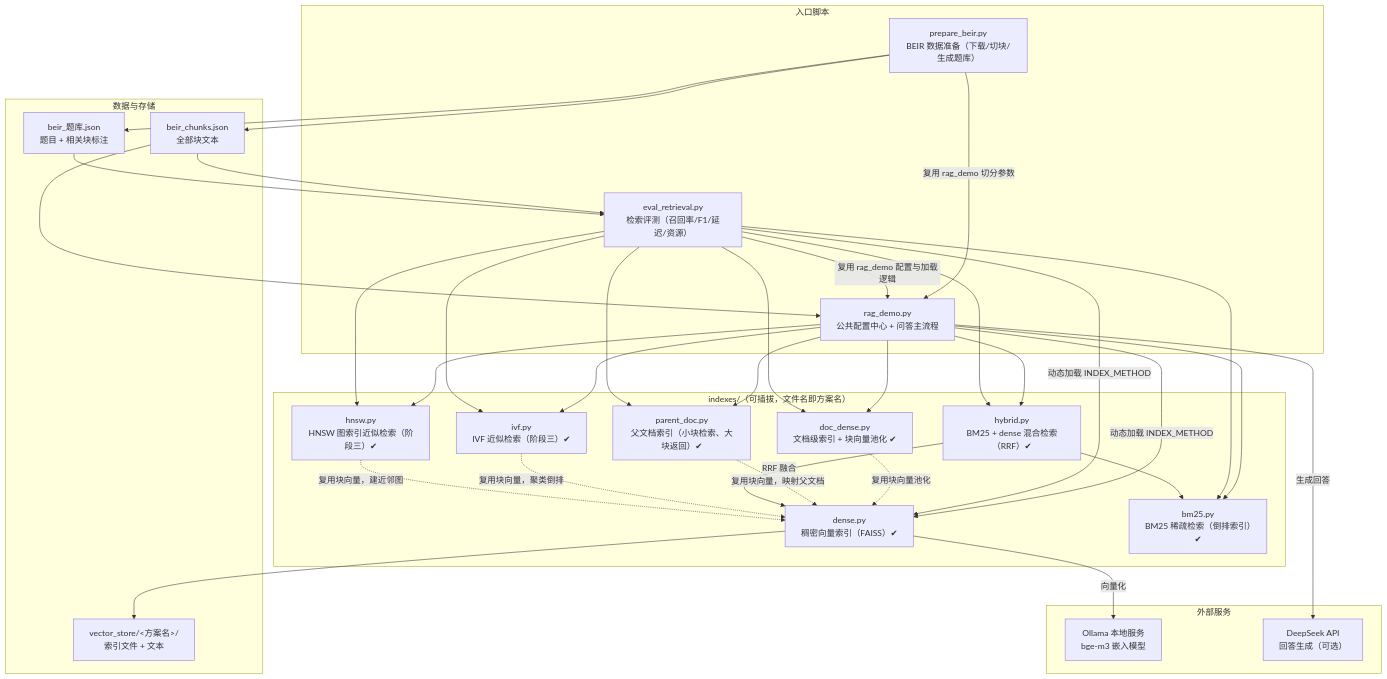
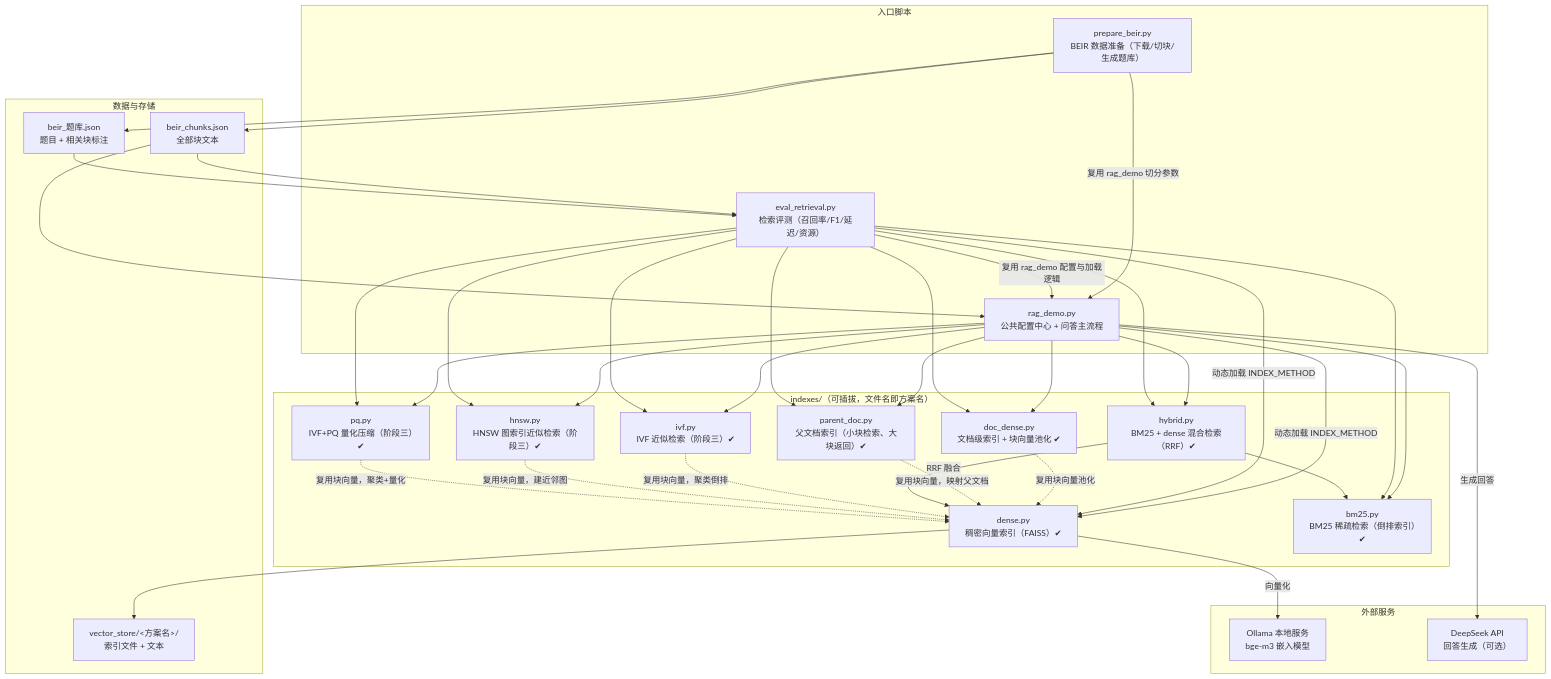
One commit to energetictom4-sudo/rag-index-bench changed the first of 2 diagrams in README.md. Above: the diagram before and after it, drawn with Mermaid. The commit also changed other lines of this file and 1 other file, not shown here.

Commit message:
docs: PQ 评测结果入 README 对比表与阶段三压缩小节，Roadmap 勾选

````diff
--- a/README.md
+++ b/README.md
@@ -19,60 +19,64 @@
 ```mermaid
 graph TB
     subgraph 入口脚本
         RAG["rag_demo.py<br/>公共配置中心 + 问答主流程"]
         PREP["prepare_beir.py<br/>BEIR 数据准备（下载/切块/生成题库）"]
         EVAL["eval_retrieval.py<br/>检索评测（召回率/F1/延迟/资源）"]
     end
 
     subgraph 索引方案插件["indexes/（可插拔，文件名即方案名）"]
         IDX["dense.py<br/>稠密向量索引（FAISS）✔"]
         DOC["doc_dense.py<br/>文档级索引 + 块向量池化 ✔"]
         BM25["bm25.py<br/>BM25 稀疏检索（倒排索引）✔"]
         HYB["hybrid.py<br/>BM25 + dense 混合检索（RRF）✔"]
         PAR["parent_doc.py<br/>父文档索引（小块检索、大块返回）✔"]
         IVF["ivf.py<br/>IVF 近似检索（阶段三）✔"]
         HNSW["hnsw.py<br/>HNSW 图索引近似检索（阶段三）✔"]
+        PQ["pq.py<br/>IVF+PQ 量化压缩（阶段三）✔"]
     end
 
     subgraph 外部服务
         OLLAMA["Ollama 本地服务<br/>bge-m3 嵌入模型"]
         DS["DeepSeek API<br/>回答生成（可选）"]
     end
 
     subgraph 数据与存储
         CHUNKS["beir_chunks.json<br/>全部块文本"]
         BANK["beir_题库.json<br/>题目 + 相关块标注"]
         STORE["vector_store/&lt;方案名&gt;/<br/>索引文件 + 文本"]
     end
 
     PREP -->|"复用 rag_demo 切分参数"| RAG
     PREP --> CHUNKS
     PREP --> BANK
     RAG -->|"动态加载 INDEX_METHOD"| IDX
     RAG --> DOC
     RAG --> BM25
     RAG --> HYB
     RAG --> PAR
     RAG --> IVF
     RAG --> HNSW
+    RAG --> PQ
     EVAL -->|"复用 rag_demo 配置与加载逻辑"| RAG
     EVAL -->|"动态加载 INDEX_METHOD"| IDX
     EVAL --> DOC
     EVAL --> BM25
     EVAL --> HYB
     EVAL --> PAR
     EVAL --> IVF
     EVAL --> HNSW
+    EVAL --> PQ
     IDX -->|"向量化"| OLLAMA
     DOC -.->|"复用块向量池化"| IDX
     PAR -.->|"复用块向量，映射父文档"| IDX
     HYB -->|"RRF 融合"| IDX
     HYB --> BM25
     IVF -.->|"复用块向量，聚类倒排"| IDX
     HNSW -.->|"复用块向量，建近邻图"| IDX
+    PQ -.->|"复用块向量，聚类+量化"| IDX
     RAG -->|"生成回答"| DS
     IDX --> STORE
     CHUNKS --> RAG
     CHUNKS --> EVAL
     BANK --> EVAL
 ```
````
